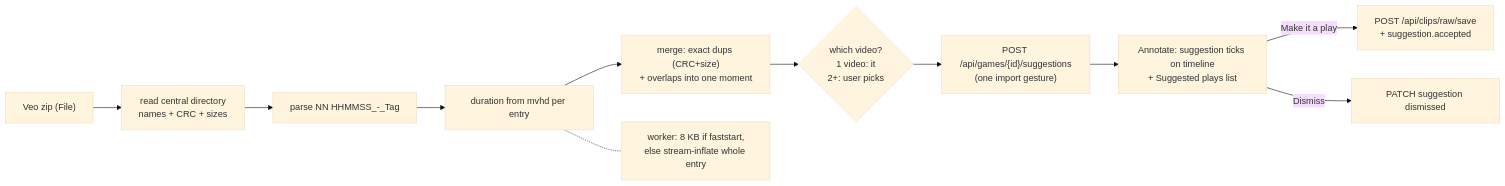
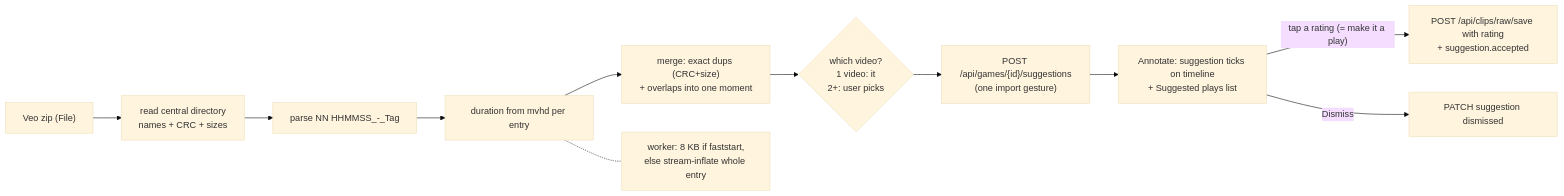
Before and after one commit to imankha/video-editor: the diagram in docs/plans/tasks/veo-import/EPIC.md, drawn with Mermaid (base theme). The commit also changed other lines of this file and 2 other files, not shown here.

````diff
--- a/docs/plans/tasks/veo-import/EPIC.md
+++ b/docs/plans/tasks/veo-import/EPIC.md
@@ -97,13 +127,13 @@
 ```mermaid
 flowchart LR
   Z["Veo zip (File)"] --> CD["read central directory<br/>names + CRC + sizes"]
   CD --> P["parse NN HHMMSS_-_Tag"]
   P --> D["duration from mvhd per entry"]
   D --> M["merge: exact dups (CRC+size)<br/>+ overlaps into one moment"]
   D -.- W["worker: 8 KB if faststart,<br/>else stream-inflate whole entry"]
   M --> G{"which video?<br/>1 video: it<br/>2+: user picks"}
   G --> POST["POST /api/games/{id}/suggestions<br/>(one import gesture)"]
   POST --> AN["Annotate: suggestion ticks on timeline<br/>+ Suggested plays list"]
-  AN -->|Make it a play| SAVE["POST /api/clips/raw/save<br/>+ suggestion.accepted"]
+  AN -->|"tap a rating (= make it a play)"| SAVE["POST /api/clips/raw/save with rating<br/>+ suggestion.accepted"]
   AN -->|Dismiss| DIS["PATCH suggestion dismissed"]
 ```
````
